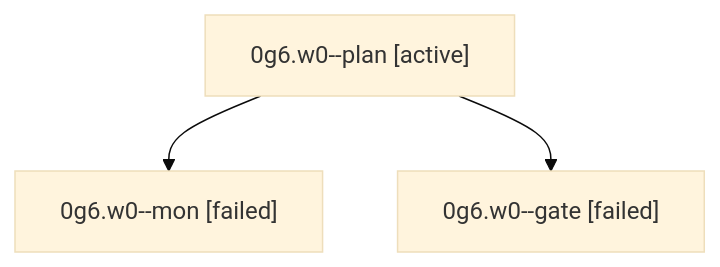
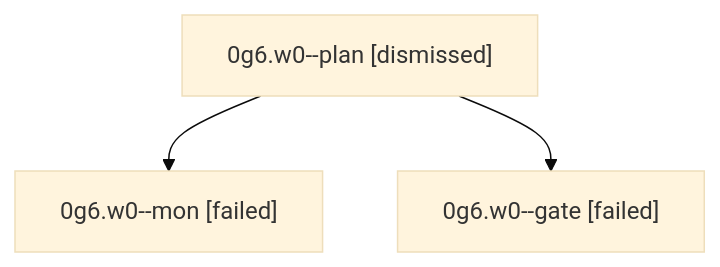
One commit to sase-org/sase--agents changed the diagram in sessions/bbugyi200.athena.0g6.w0.md. Above: the diagram before and after it, drawn with Mermaid (base theme). The commit also changed other lines of this file and 36 other files, not shown here.

````diff
--- a/sessions/bbugyi200.athena.0g6.w0.md
+++ b/sessions/bbugyi200.athena.0g6.w0.md
@@ -9,8 +9,8 @@
 ```mermaid
 flowchart TD
-  n0["0g6.w0--plan [active]"]
+  n0["0g6.w0--plan [dismissed]"]
   n1["0g6.w0--mon [failed]"]
   n0 --> n1
   n2["0g6.w0--gate [failed]"]
   n0 --> n2
 ```
````
